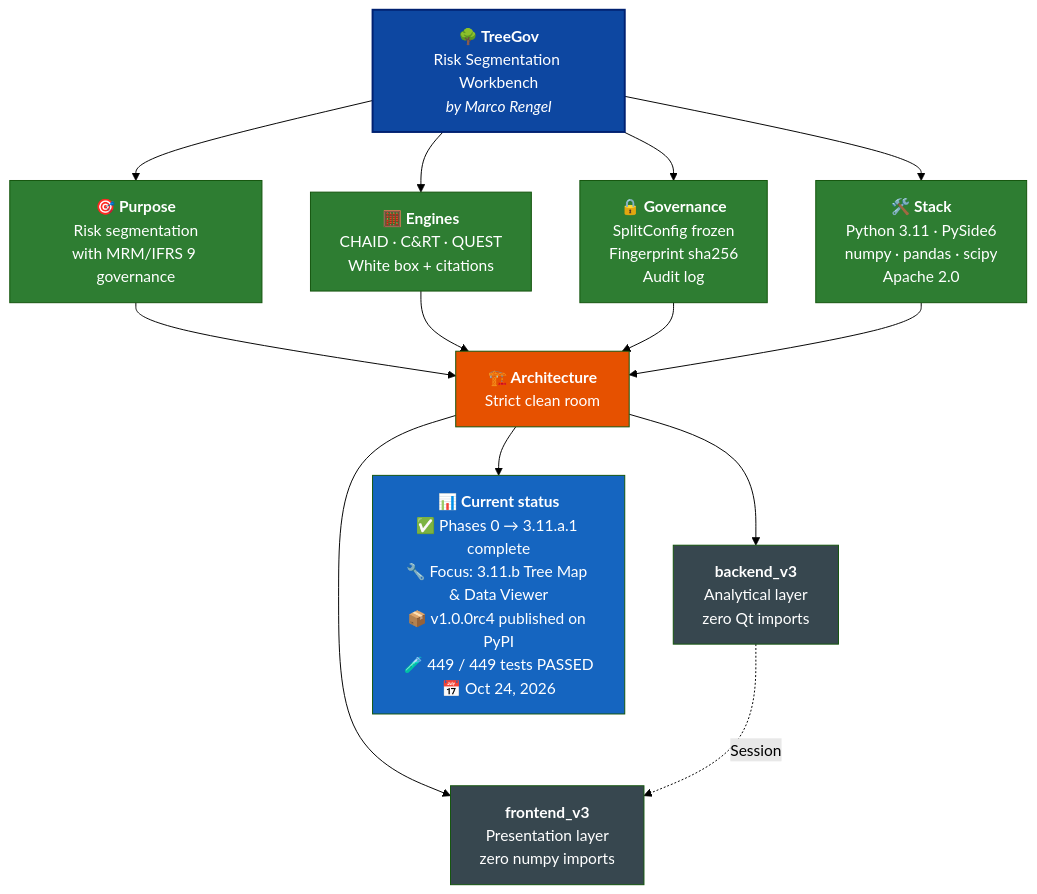
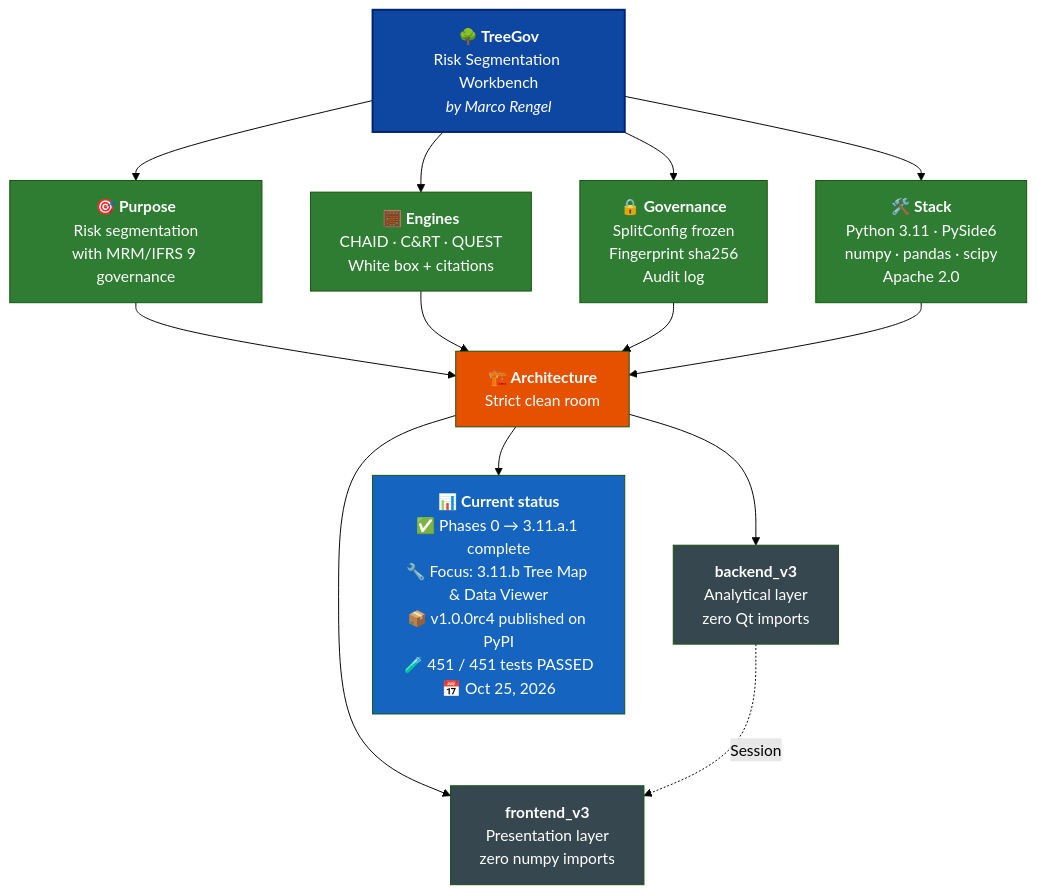
One commit to Marco-Rengel/treegov changed the diagram in README.md. Above: the diagram before and after it, drawn with Mermaid (forest theme). The commit also changed other lines of this file and 24 other files, not shown here.

````diff
--- a/README.md
+++ b/README.md
@@ -36,31 +38,31 @@
 ```mermaid
 flowchart TB
     TG["<b>🌳 TreeGov</b><br/>Risk Segmentation Workbench<br/><i>by Marco Rengel</i>"]
 
     TG --> P["<b>🎯 Purpose</b><br/>Risk segmentation<br/>with MRM/IFRS 9 governance"]
     TG --> M["<b>🧮 Engines</b><br/>CHAID · C&RT · QUEST<br/>White box + citations"]
     TG --> G["<b>🔒 Governance</b><br/>SplitConfig frozen<br/>Fingerprint sha256<br/>Audit log"]
     TG --> S["<b>🛠️ Stack</b><br/>Python 3.11 · PySide6<br/>numpy · pandas · scipy<br/>Apache 2.0"]
 
     P --> ARQ["<b>🏗️ Architecture</b><br/>Strict clean room"]
     M --> ARQ
     G --> ARQ
     S --> ARQ
 
     ARQ --> BE["<b>backend_v3</b><br/>Analytical layer<br/>zero Qt imports"]
     ARQ --> FE["<b>frontend_v3</b><br/>Presentation layer<br/>zero numpy imports"]
 
     BE -.->|Session| FE
 
-    ARQ --> ST["<b>📊 Current status</b><br/>✅ Phases 0 → 3.11.a.1 complete<br/>🔧 Focus: 3.11.b Tree Map & Data Viewer<br/>📦 v1.0.0rc4 published on PyPI<br/>🧪 449 / 449 tests PASSED<br/>📅 Oct 24, 2026"]
+    ARQ --> ST["<b>📊 Current status</b><br/>✅ Phases 0 → 3.11.a.1 complete<br/>🔧 Focus: 3.11.b Tree Map & Data Viewer<br/>📦 v1.0.0rc4 published on PyPI<br/>🧪 451 / 451 tests PASSED<br/>📅 Oct 25, 2026"]
 
     style TG fill:#0D47A1,color:#fff,stroke:#002171,stroke-width:2px
     style P fill:#2E7D32,color:#fff
     style M fill:#2E7D32,color:#fff
     style G fill:#2E7D32,color:#fff
     style S fill:#2E7D32,color:#fff
     style ARQ fill:#E65100,color:#fff
     style BE fill:#37474F,color:#fff
     style FE fill:#37474F,color:#fff
     style ST fill:#1565C0,color:#fff
 ```
````
